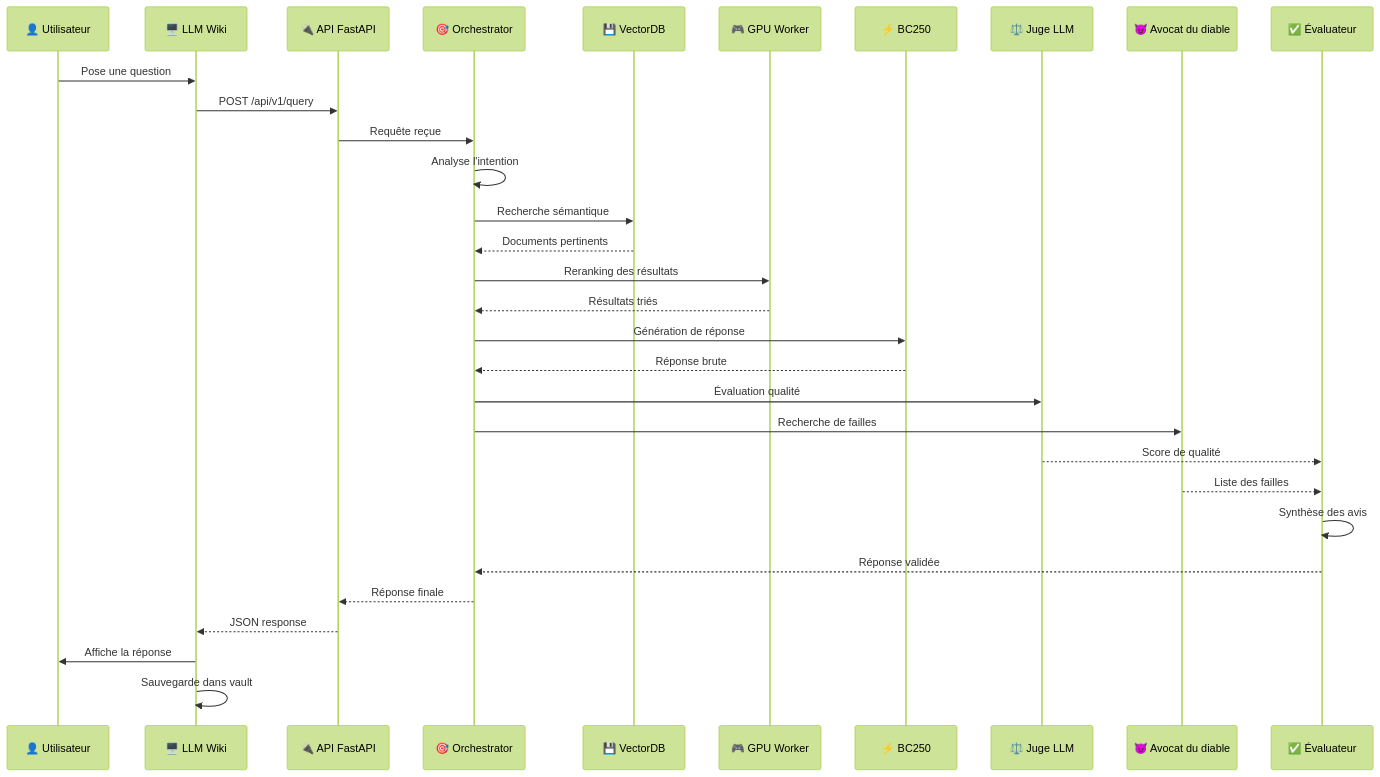
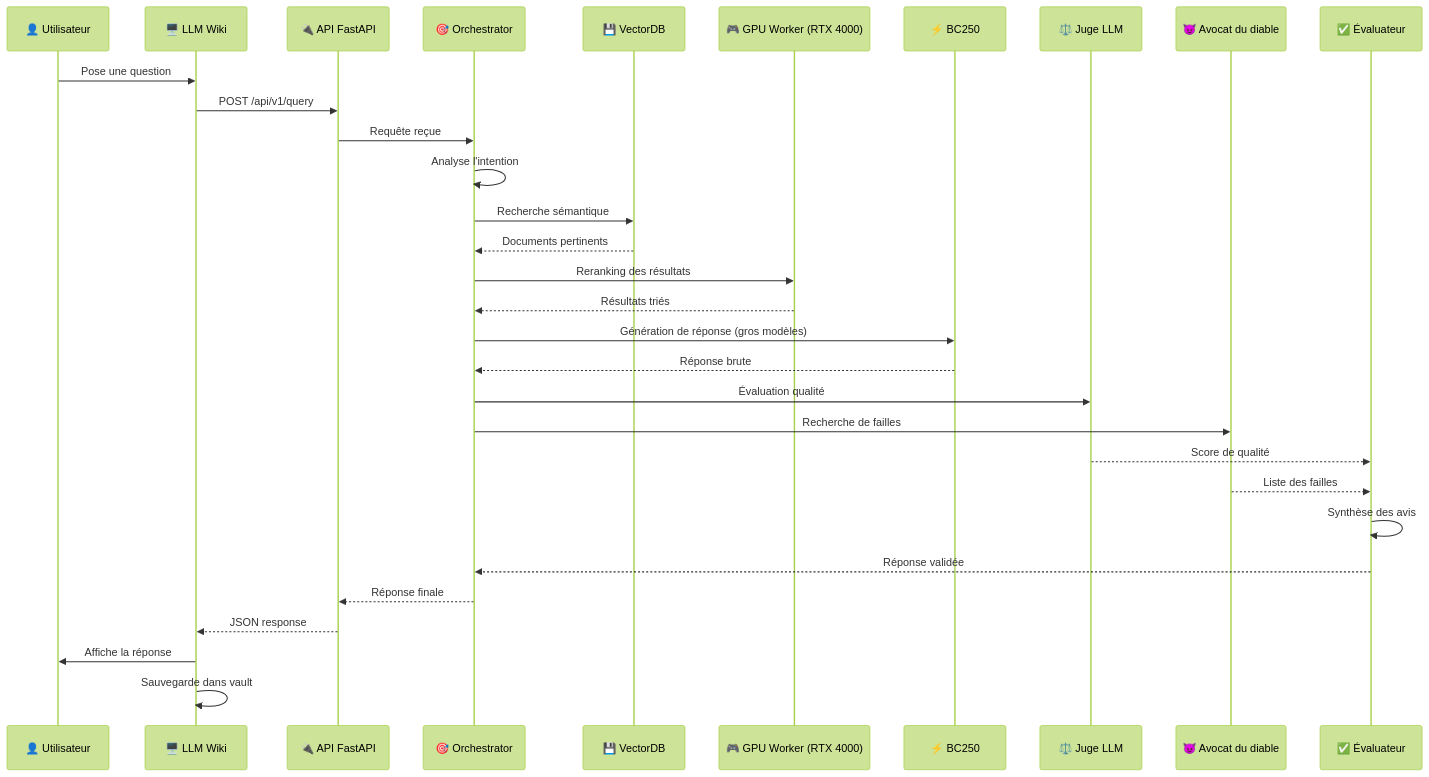
Before and after one commit to chelmooz/rag-multi-agent-cluster: the second of 2 diagrams in README.md, drawn with Mermaid (forest theme). The commit also changed other lines of this file and 4 other files, not shown here.

````diff
--- a/README.md
+++ b/README.md
@@ -144,34 +144,34 @@
 ```mermaid
 sequenceDiagram
     participant User as 👤 Utilisateur
     participant LLMWiki as 🖥️ LLM Wiki
     participant API as 🔌 API FastAPI
     participant Orchestrator as 🎯 Orchestrator
     participant VectorDB as 💾 VectorDB
-    participant GPU as 🎮 GPU Worker
+    participant GPU as 🎮 GPU Worker (RTX 4000)
     participant BC250 as ⚡ BC250
     participant Juge as ⚖️ Juge LLM
     participant Avocat as 😈 Avocat du diable
     participant Evaluateur as ✅ Évaluateur
 
     User->>LLMWiki: Pose une question
     LLMWiki->>API: POST /api/v1/query
     API->>Orchestrator: Requête reçue
     Orchestrator->>Orchestrator: Analyse l'intention
     Orchestrator->>VectorDB: Recherche sémantique
     VectorDB-->>Orchestrator: Documents pertinents
     Orchestrator->>GPU: Reranking des résultats
     GPU-->>Orchestrator: Résultats triés
-    Orchestrator->>BC250: Génération de réponse
+    Orchestrator->>BC250: Génération de réponse (gros modèles)
     BC250-->>Orchestrator: Réponse brute
     Orchestrator->>Juge: Évaluation qualité
     Orchestrator->>Avocat: Recherche de failles
     Juge-->>Evaluateur: Score de qualité
     Avocat-->>Evaluateur: Liste des failles
     Evaluateur->>Evaluateur: Synthèse des avis
     Evaluateur-->>Orchestrator: Réponse validée
     Orchestrator-->>API: Réponse finale
     API-->>LLMWiki: JSON response
     LLMWiki->>User: Affiche la réponse
     LLMWiki->>LLMWiki: Sauvegarde dans vault
 ```
````
